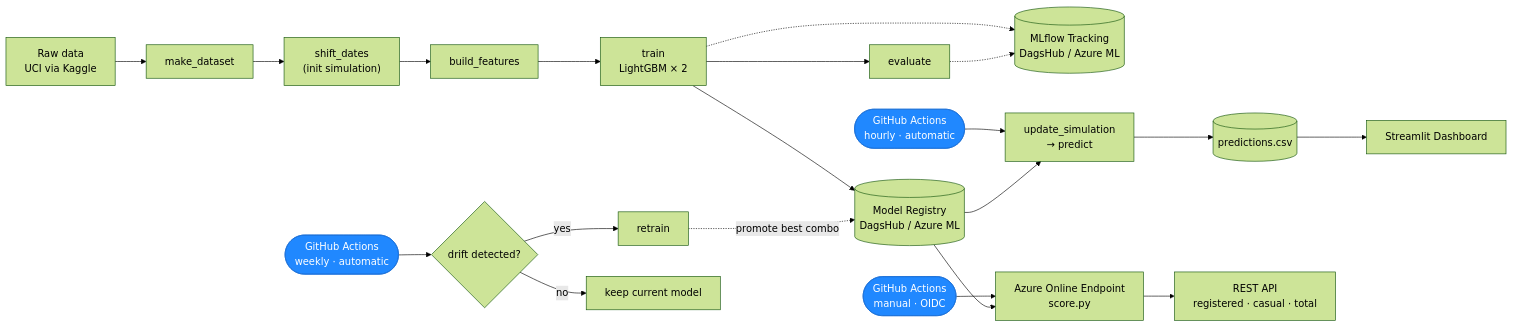
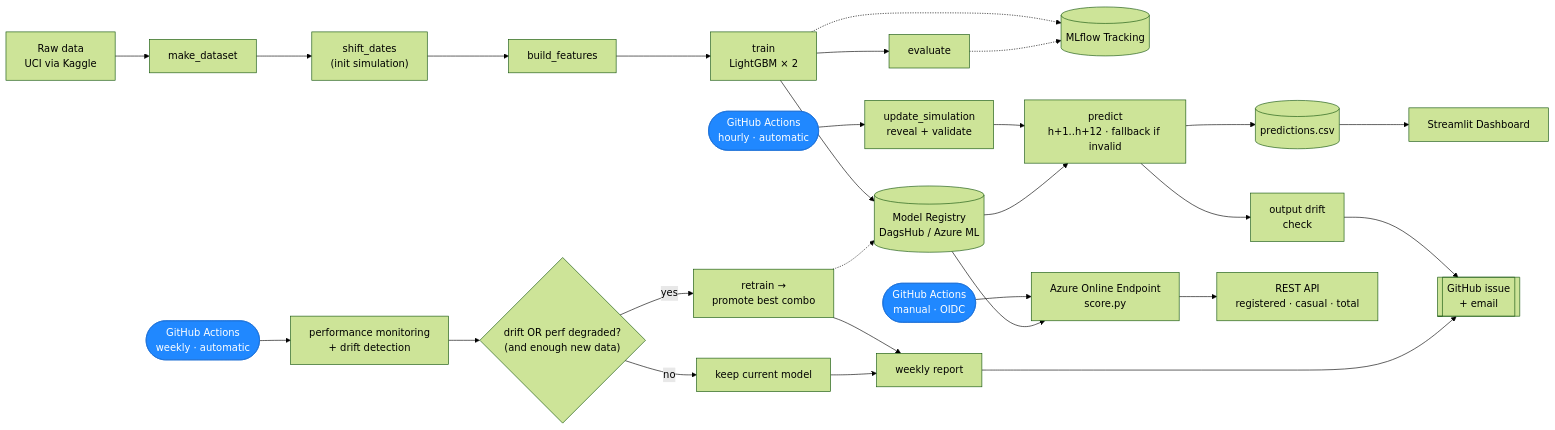
One commit to robertogarces/bike-sharing-forecast changed the diagram in README.md. Above: the diagram before and after it, drawn with Mermaid (forest theme). The commit also changed other lines of this file, not shown here.

````diff
--- a/README.md
+++ b/README.md
@@ -64,20 +46,29 @@
 ```mermaid
 flowchart LR
+    %% Static pipeline — runs when code or data definitions change
     raw["Raw data<br/>UCI via Kaggle"] --> make[make_dataset] --> shift["shift_dates<br/>(init simulation)"] --> feat[build_features] --> train["train<br/>LightGBM × 2"] --> eval[evaluate]
     train --> reg[("Model Registry<br/>DagsHub / Azure ML")]
-    train -.-> track[("MLflow Tracking<br/>DagsHub / Azure ML")]
+    train -.-> track[("MLflow Tracking")]
     eval -.-> track
 
-    cronH(["GitHub Actions<br/>hourly · automatic"]) --> predict["update_simulation<br/>→ predict"] --> preds[("predictions.csv")] --> dash["Streamlit Dashboard"]
-    reg --> predict
+    %% Hourly — reveal, validate, forecast, watch output
+    cronH(["GitHub Actions<br/>hourly · automatic"]) --> upd["update_simulation<br/>reveal + validate"] --> pred["predict<br/>h+1..h+12 · fallback if invalid"]
+    reg --> pred
+    pred --> preds[("predictions.csv")] --> dash["Streamlit Dashboard"]
+    pred --> odrift["output drift<br/>check"] --> alerts[["GitHub issue<br/>+ email"]]
 
-    cronW(["GitHub Actions<br/>weekly · automatic"]) --> drift{"drift detected?"}
-    drift -->|yes| retrain[retrain] -.->|promote best combo| reg
-    drift -->|no| keep["keep current model"]
+    %% Weekly — monitor, gate, retrain, report
+    cronW(["GitHub Actions<br/>weekly · automatic"]) --> perf["performance monitoring<br/>+ drift detection"] --> gate{"drift OR perf degraded?<br/>(and enough new data)"}
+    gate -->|yes| retrain["retrain →<br/>promote best combo"] -.-> reg
+    gate -->|no| keep["keep current model"]
+    retrain --> report["weekly report"]
+    keep --> report
+    report --> alerts
 
+    %% Cloud — parallel Azure deployment
     deploy(["GitHub Actions<br/>manual · OIDC"]) --> endpoint["Azure Online Endpoint<br/>score.py"] --> api["REST API<br/>registered · casual · total"]
     reg --> endpoint
 
     classDef gha fill:#2088FF,color:#ffffff,stroke:#1b6fd6;
     class cronH,cronW,deploy gha
 ```
````
